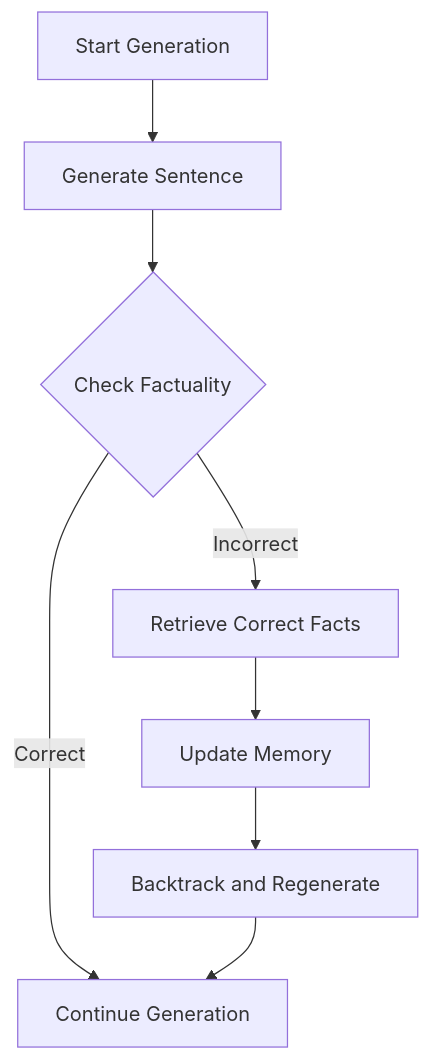
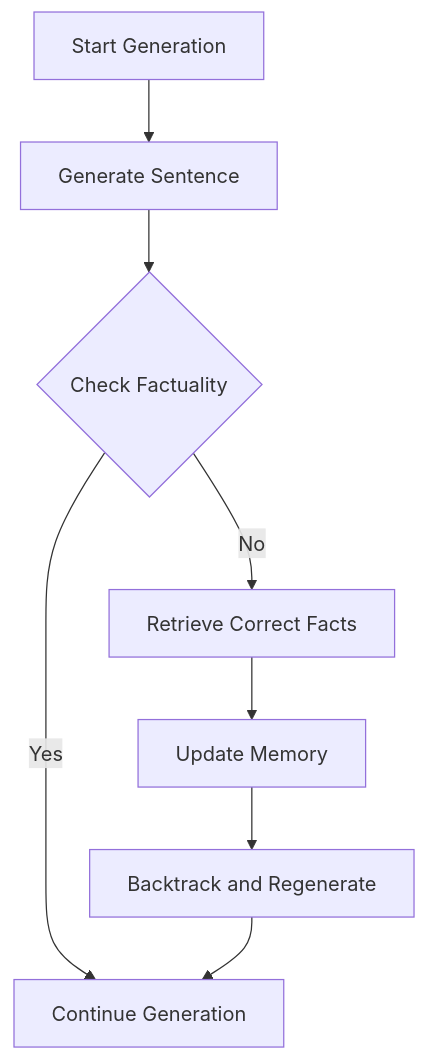
The diagram in data/papers/2412.18069/features/crib-sheet/2412.18069.md (dmarx/papers-feed), drawn with Mermaid before and after one commit. The commit also changed other lines of this file and 8 other files, not shown here.

````diff
--- a/data/papers/2412.18069/features/crib-sheet/2412.18069.md
+++ b/data/papers/2412.18069/features/crib-sheet/2412.18069.md
@@ -24,10 +24,10 @@
   ```mermaid
   flowchart TD
       A[Start Generation] --> B[Generate Sentence]
       B --> C{Check Factuality}
-      C -->|Correct| D[Continue Generation]
-      C -->|Incorrect| E[Retrieve Correct Facts]
+      C -- Yes --> D[Continue Generation]
+      C -- No --> E[Retrieve Correct Facts]
       E --> F[Update Memory]
       F --> G[Backtrack and Regenerate]
       G --> D
   ```
````
